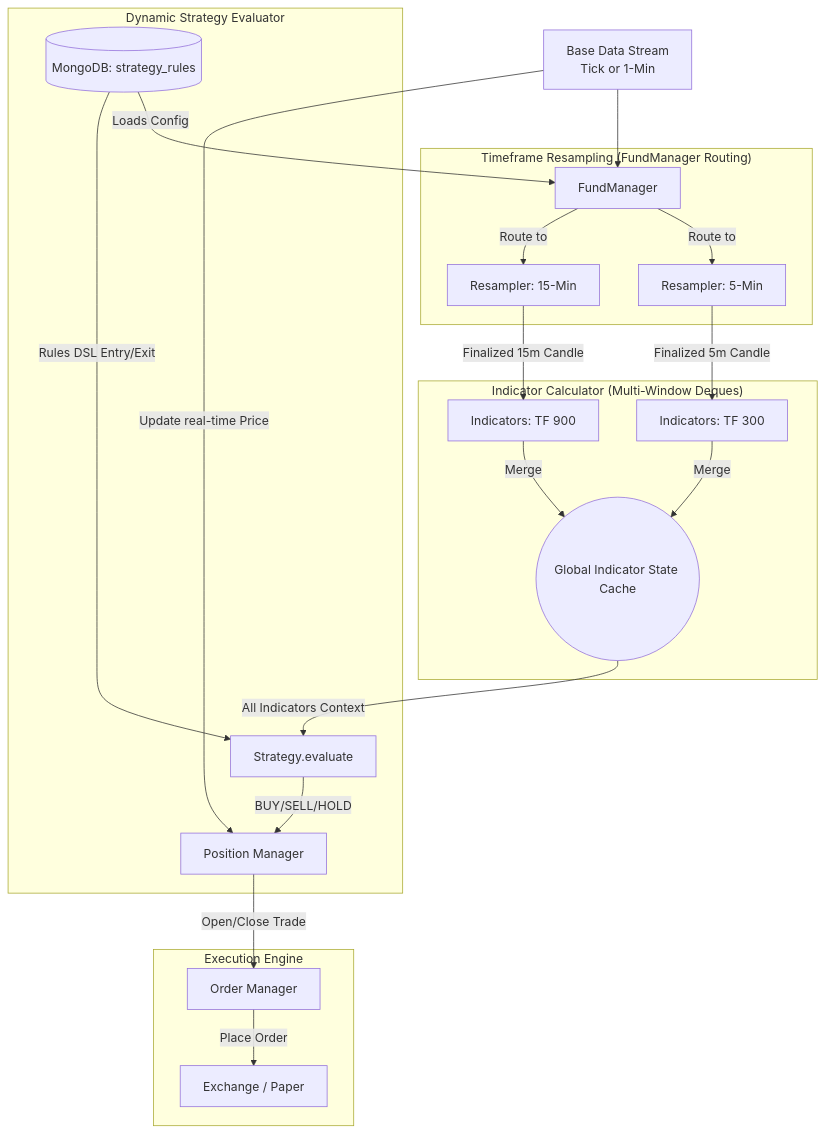
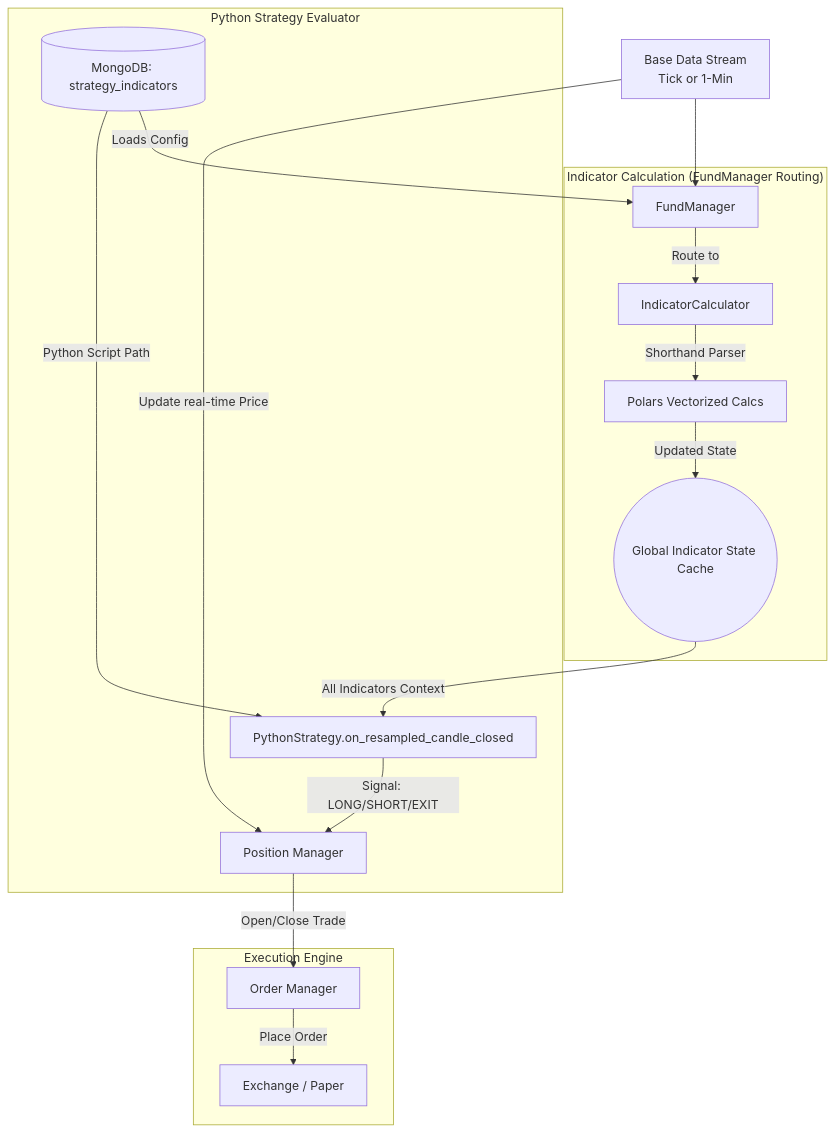
The first of 2 diagrams in docs/trade_engine_workflow.md (mrin9/tradebot), drawn with Mermaid before and after one commit. The commit also changed other lines of this file and 75 other files, not shown here.

````diff
--- a/docs/trade_engine_workflow.md
+++ b/docs/trade_engine_workflow.md
@@ -11,31 +11,24 @@
 ```mermaid
 graph TD
-    DB[(MongoDB: strategy_rules)] -->|Loads Config| FundMgr[FundManager]
+    DB[(MongoDB: strategy_indicators)] -->|Loads Config| FundMgr[FundManager]
     
     Stream[Base Data Stream <br> Tick or 1-Min] --> FundMgr
     Stream -->|Update real-time Price| PosMgr[Position Manager]
     
-    subgraph "Timeframe Resampling (FundManager Routing)"
-    FundMgr -->|Route to| TF300[Resampler: 5-Min]
-    FundMgr -->|Route to| TF900[Resampler: 15-Min]
+    subgraph "Indicator Calculation (FundManager Routing)"
+    FundMgr -->|Route to| IndCalc[IndicatorCalculator]
+    IndCalc -->|Shorthand Parser| Polars[Polars Vectorized Calcs]
+    Polars -->|Updated State| State((Global Indicator State Cache))
     end
     
-    subgraph "Indicator Calculator (Multi-Window Deques)"
-    TF300 -->|Finalized 5m Candle| Ind300[Indicators: TF 300]
-    TF900 -->|Finalized 15m Candle| Ind900[Indicators: TF 900]
-    
-    Ind300 -->|Merge| State((Global Indicator State Cache))
-    Ind900 -->|Merge| State
-    end
-    
-    subgraph "Dynamic Strategy Evaluator"
-    State -->|All Indicators Context| Strat[Strategy.evaluate]
-    DB -->|Rules DSL Entry/Exit| Strat
-    Strat -->|BUY/SELL/HOLD| PosMgr
+    subgraph "Python Strategy Evaluator"
+    State -->|All Indicators Context| Strat[PythonStrategy.on_resampled_candle_closed]
+    DB -->|Python Script Path| Strat
+    Strat -->|Signal: LONG/SHORT/EXIT| PosMgr
     end
     
     subgraph Execution Engine
     PosMgr -->|Open/Close Trade| G[Order Manager]
     G -->|Place Order| H[Exchange / Paper]
     end
 ```
````
